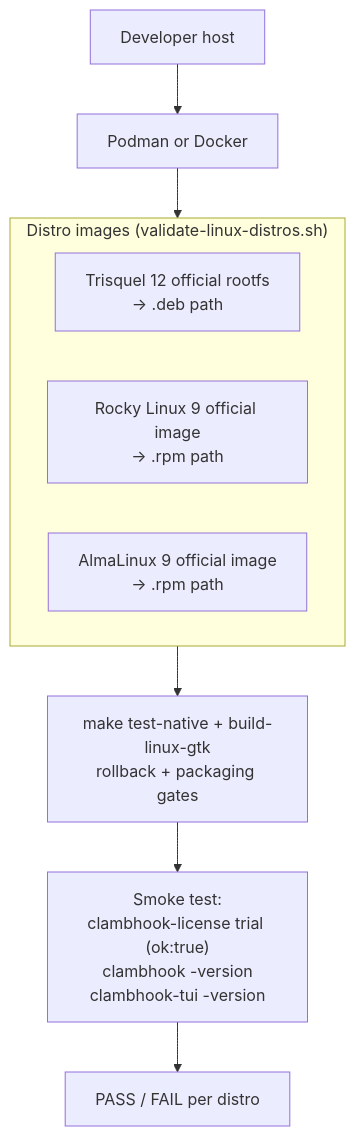
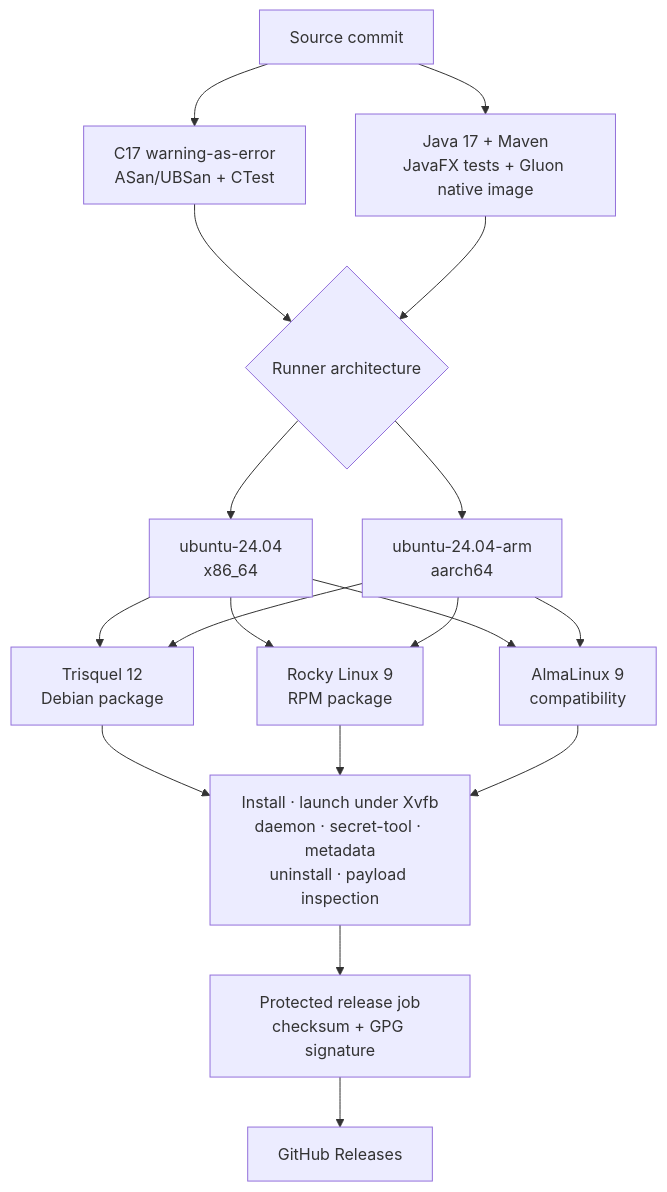
One commit to JohnThre/clambhook changed the diagram in packaging/README.md. Above: the diagram before and after it, drawn with Mermaid. The commit also changed other lines of this file and 2294 other files, not shown here.

First line of the commit message:
Complete C17 and JavaFX/Gluon cutover

````diff
--- a/packaging/README.md
+++ b/packaging/README.md
@@ -66,13 +47,20 @@
 ```mermaid
 flowchart TD
-    dev["Developer host"] --> tool["Podman or Docker"]
-    subgraph distros["Distro images (validate-linux-distros.sh)"]
-        trisquel["Trisquel 12 official rootfs\n→ .deb path"]
-        rocky["Rocky Linux 9 official image\n→ .rpm path"]
-        alma["AlmaLinux 9 official image\n→ .rpm path"]
-    end
-    tool --> distros
-    distros --> build["make test-native + build-linux-gtk\nrollback + packaging gates"]
-    build --> smoke["Smoke test:\nclambhook-license trial (ok:true)\nclambhook -version\nclambhook-tui -version"]
-    smoke --> pass["PASS / FAIL per distro"]
+    commit["Source commit"] --> native["C17 warning-as-error<br/>ASan/UBSan + CTest"]
+    commit --> javafx["Java 17 + Maven<br/>JavaFX tests + Gluon native image"]
+    native --> matrix{"Runner architecture"}
+    javafx --> matrix
+    matrix --> x64["ubuntu-24.04<br/>x86_64"]
+    matrix --> arm["ubuntu-24.04-arm<br/>aarch64"]
+    x64 --> trisquel["Trisquel 12<br/>Debian package"]
+    arm --> trisquel
+    x64 --> rocky["Rocky Linux 9<br/>RPM package"]
+    arm --> rocky
+    x64 --> alma["AlmaLinux 9<br/>compatibility"]
+    arm --> alma
+    trisquel --> inspect["Install · launch under Xvfb<br/>daemon · secret-tool · metadata<br/>uninstall · payload inspection"]
+    rocky --> inspect
+    alma --> inspect
+    inspect --> protected["Protected release job<br/>checksum + GPG signature"]
+    protected --> github["GitHub Releases"]
 ```
````
